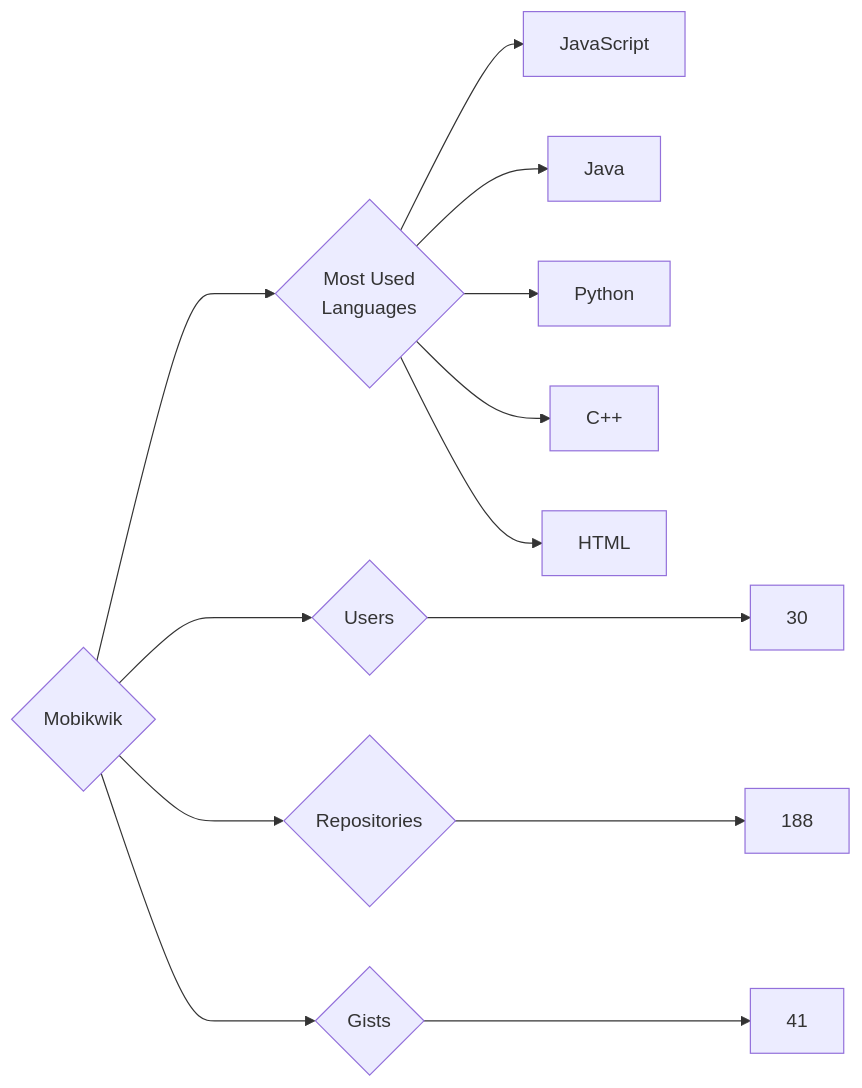
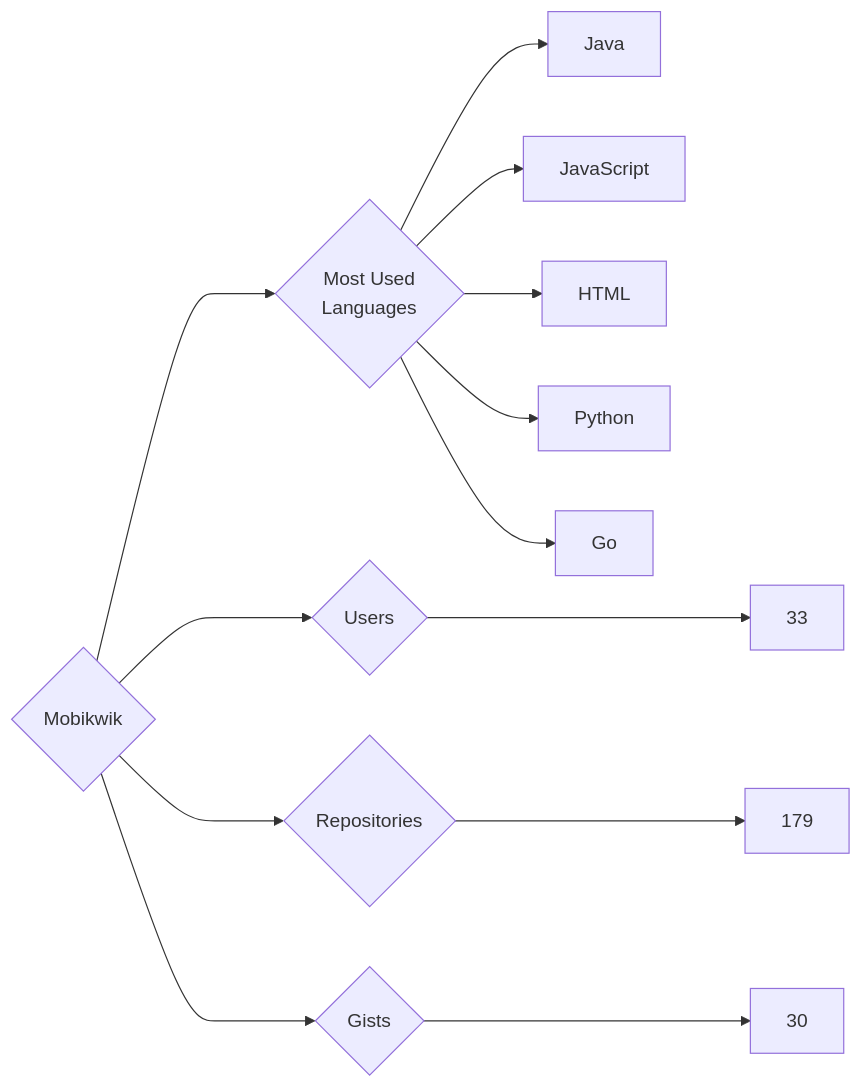
Before and after one commit to trickest/insiders: the diagram in targets/Mobikwik/README.md, drawn with Mermaid. The commit also changed 912 other files, not shown here.

````diff
--- a/targets/Mobikwik/README.md
+++ b/targets/Mobikwik/README.md
@@ -3,13 +3,13 @@
 ```mermaid
 graph LR
 COMPANY_NAME{Mobikwik}
-COMPANY_NAME ---> U{Users} ---> UN[30]
-COMPANY_NAME ---> R{Repositories} ---> RN[188]
-COMPANY_NAME ---> G{Gists} ---> GN[41]
+COMPANY_NAME ---> U{Users} ---> UN[33]
+COMPANY_NAME ---> R{Repositories} ---> RN[179]
+COMPANY_NAME ---> G{Gists} ---> GN[30]
 COMPANY_NAME ---> ML{Most Used<br>Languages}
+ML --> Java[Java]
 ML --> JavaScript[JavaScript]
-ML --> Java[Java]
+ML --> HTML[HTML]
 ML --> Python[Python]
-ML --> C++[C++]
-ML --> HTML[HTML]
+ML --> Go[Go]
 ```
````
